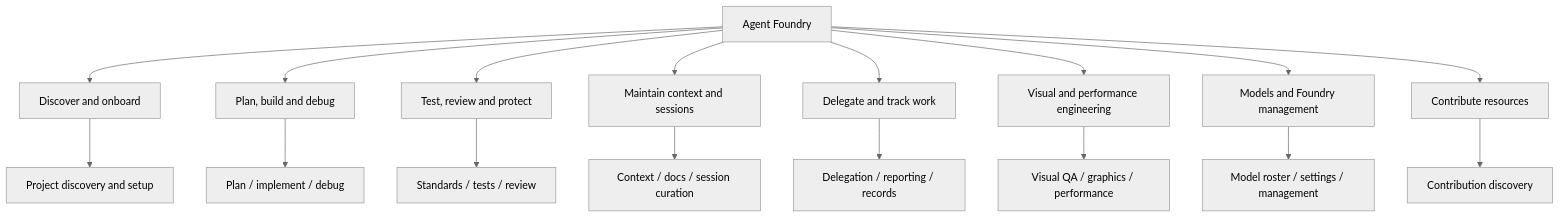
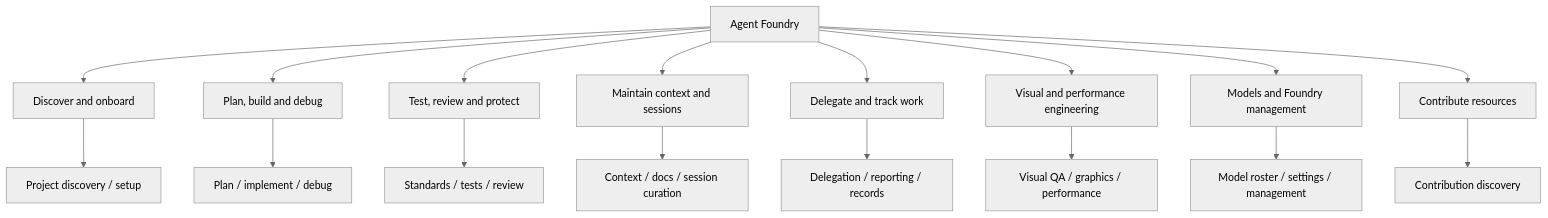
The second of 4 diagrams in README.md (LemonizDev/Agent-Foundry), drawn with Mermaid (neutral theme) before and after one commit. The commit also changed other lines of this file, not shown here.

````diff
--- a/README.md
+++ b/README.md
@@ -84,19 +84,19 @@
 ```mermaid
 flowchart TD
-    F[Agent Foundry] --> A[Discover and onboard]
-    F --> B[Plan, build and debug]
-    F --> C[Test, review and protect]
-    F --> D[Maintain context and sessions]
-    F --> E[Delegate and track work]
-    F --> G[Visual and performance engineering]
-    F --> H[Models and Foundry management]
-    F --> I[Contribute resources]
-    A --> A1[Project discovery and setup]
+    AF[Agent Foundry] --> A[Discover and onboard]
+    AF --> B[Plan, build and debug]
+    AF --> C[Test, review and protect]
+    AF --> D[Maintain context and sessions]
+    AF --> E[Delegate and track work]
+    AF --> F[Visual and performance engineering]
+    AF --> G[Models and Foundry management]
+    AF --> H[Contribute resources]
+    A --> A1[Project discovery / setup]
     B --> B1[Plan / implement / debug]
     C --> C1[Standards / tests / review]
     D --> D1[Context / docs / session curation]
     E --> E1[Delegation / reporting / records]
-    G --> G1[Visual QA / graphics / performance]
-    H --> H1[Model roster / settings / management]
-    I --> I1[Contribution discovery]
+    F --> F1[Visual QA / graphics / performance]
+    G --> G1[Model roster / settings / management]
+    H --> H1[Contribution discovery]
 ```
````
